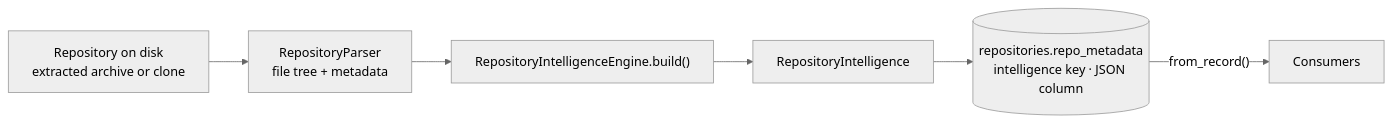
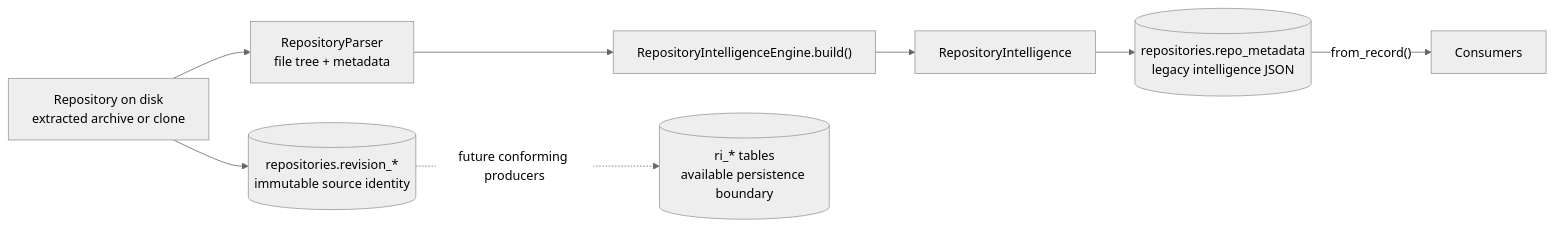
Before and after one commit to Second-Origin/PARTHA: the diagram in docs/architecture/REPOSITORY_INTELLIGENCE.md, drawn with Mermaid (neutral theme). The commit also changed other lines of this file and 23 other files, not shown here.

Commit message:
chore(backend): persist revision identity and intelligence snapshots

````diff
--- a/docs/architecture/REPOSITORY_INTELLIGENCE.md
+++ b/docs/architecture/REPOSITORY_INTELLIGENCE.md
@@ -25,12 +27,16 @@
 ```mermaid
 flowchart LR
     Root["Repository on disk<br/>extracted archive or clone"]
     Parser["RepositoryParser<br/>file tree + metadata"]
     Engine["RepositoryIntelligenceEngine.build()"]
     Model["RepositoryIntelligence"]
-    Store[("repositories.repo_metadata<br/>intelligence key · JSON column")]
+    Store[("repositories.repo_metadata<br/>legacy intelligence JSON")]
+    Revision[("repositories.revision_*<br/>immutable source identity")]
+    Snapshot[("ri_* tables<br/>available persistence boundary")]
     Consumers["Consumers"]
 
     Root --> Parser --> Engine --> Model --> Store
+    Root --> Revision
+    Revision -. future conforming producers .-> Snapshot
     Store -->|"from_record()"| Consumers
 ```
````
